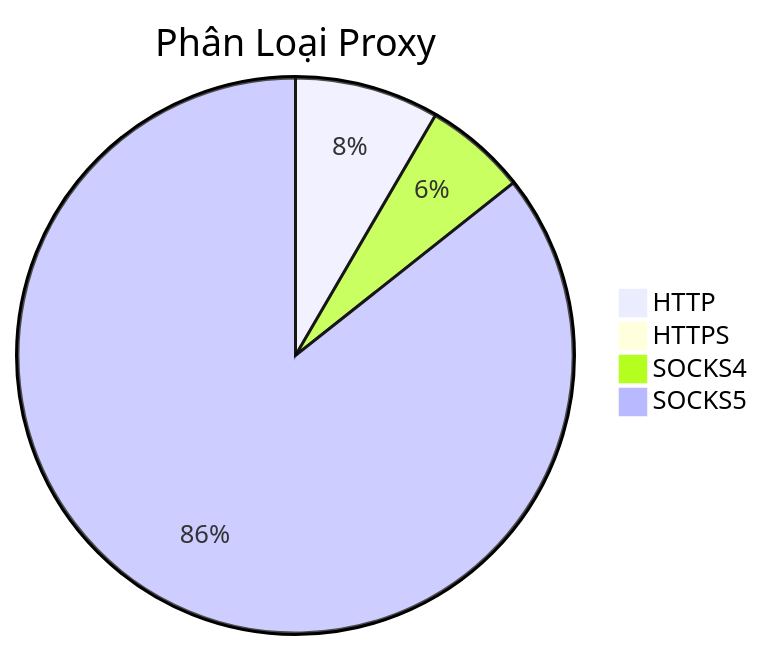
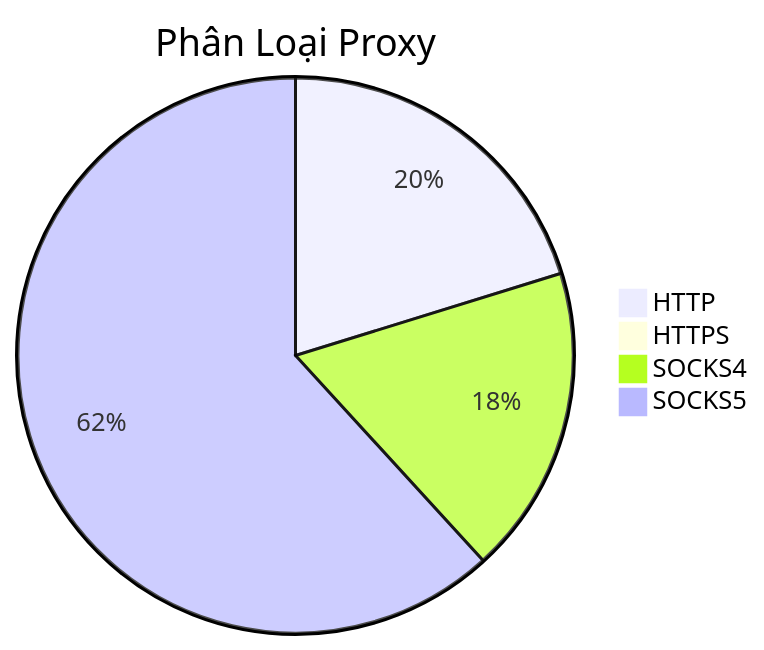
Before and after one commit to Ciara-Aa/PROXY-free: the diagram in README.md, drawn with Mermaid. The commit also changed other lines of this file and 4 other files, not shown here.

````diff
--- a/README.md
+++ b/README.md
@@ -26,7 +26,7 @@
 ```mermaid
 pie title Phân Loại Proxy
-    "HTTP" : 400
-    "HTTPS" : 3
-    "SOCKS4" : 283
-    "SOCKS5" : 4081
+    "HTTP" : 307
+    "HTTPS" : 5
+    "SOCKS4" : 273
+    "SOCKS5" : 938
 ```
````
